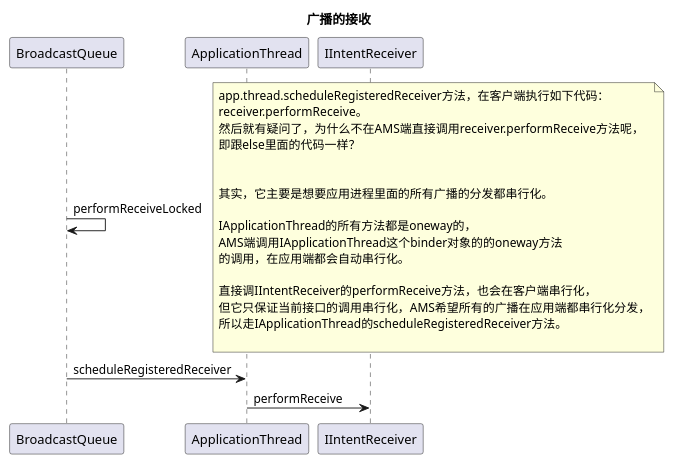
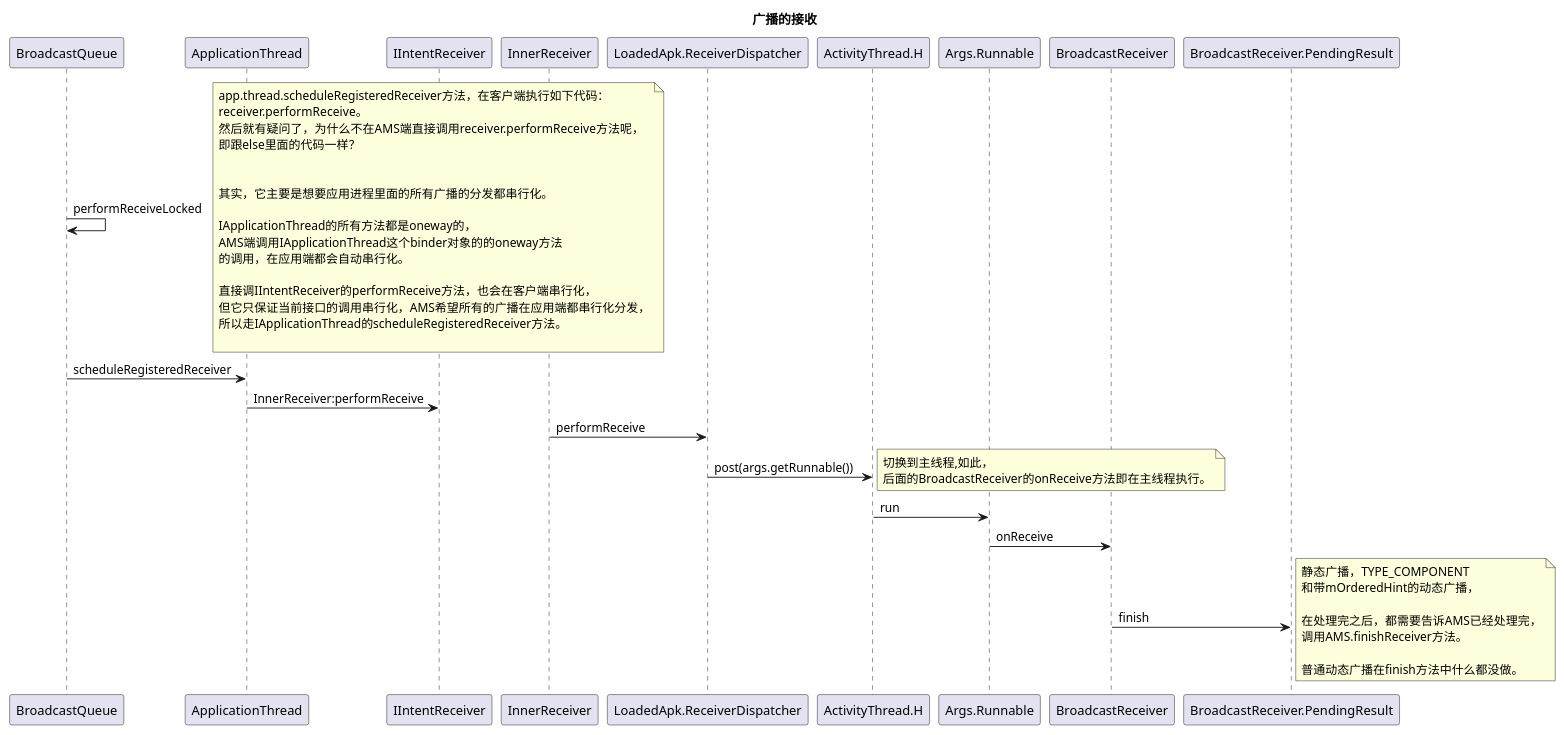
The diagram in Android_framework_sequences/广播_动态广播_05_接收.puml (KentTJ/ImoocRxJavaStudy), drawn with PlantUML before and after one commit.

Commit message:
广播接收。

```diff
--- a/Android_framework_sequences/广播_动态广播_05_接收.puml
+++ b/Android_framework_sequences/广播_动态广播_05_接收.puml
@@ -1,41 +1,64 @@
 @startuml
 title 广播的接收
 BroadcastQueue -> BroadcastQueue : performReceiveLocked
 note right
 app.thread.scheduleRegisteredReceiver方法，在客户端执行如下代码：
 receiver.performReceive。
 然后就有疑问了，为什么不在AMS端直接调用receiver.performReceive方法呢，
 即跟else里面的代码一样？
 
 
 其实，它主要是想要应用进程里面的所有广播的分发都串行化。
 
 IApplicationThread的所有方法都是oneway的，
 AMS端调用IApplicationThread这个binder对象的的oneway方法
 的调用，在应用端都会自动串行化。
 
 直接调IIntentReceiver的performReceive方法，也会在客户端串行化，
 但它只保证当前接口的调用串行化，AMS希望所有的广播在应用端都串行化分发，
 所以走IApplicationThread的scheduleRegisteredReceiver方法。
 
 end note
  'void performReceiveLocked(ProcessRecord app, IIntentReceiver receiver,
  '            Intent intent, int resultCode, String data, Bundle extras,
  '            boolean ordered, boolean sticky, int sendingUser) throws RemoteException {
  '        if (app != null) {
  '            if (app.thread != null) {
  '                try {
  '                    app.thread.scheduleRegisteredReceiver(receiver, intent, resultCode,
  '                            data, extras, ordered, sticky, sendingUser, app.repProcState);
  '                } catch (RemoteException ex) {
  '                }
  '        } else {
  '            receiver.performReceive(intent, resultCode, data, extras, ordered,
  '                    sticky, sendingUser);
  '        }
  '    }'
 BroadcastQueue -> ApplicationThread : scheduleRegisteredReceiver
 
-ApplicationThread -> IIntentReceiver : performReceive
+ApplicationThread -> IIntentReceiver : InnerReceiver:performReceive
+
+InnerReceiver -> LoadedApk.ReceiverDispatcher : performReceive
+
+LoadedApk.ReceiverDispatcher -> ActivityThread.H : post(args.getRunnable())
+note right
+切换到主线程,如此，
+后面的BroadcastReceiver的onReceive方法即在主线程执行。
+end note
+
+ActivityThread.H -> Args.Runnable : run
+
+Args.Runnable -> BroadcastReceiver : onReceive
+
+BroadcastReceiver -> BroadcastReceiver.PendingResult : finish
+note right
+静态广播，TYPE_COMPONENT
+和带mOrderedHint的动态广播，
+
+在处理完之后，都需要告诉AMS已经处理完，
+调用AMS.finishReceiver方法。
+
+普通动态广播在finish方法中什么都没做。
+end note
 
 @enduml
```
